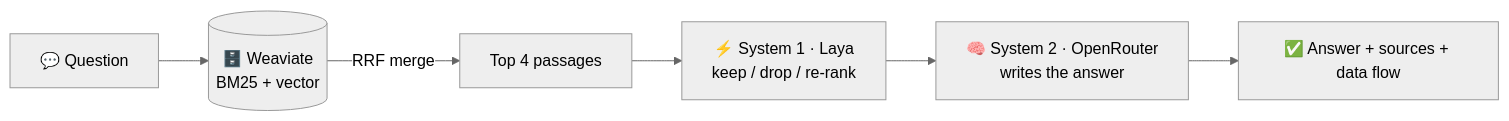
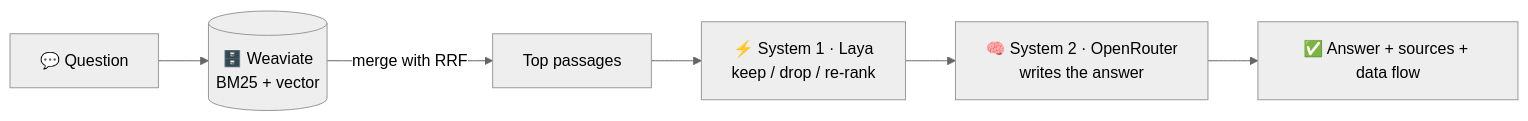
The diagram in README.md (letrthang/spring-ai-with-hybrid-search-and-system-one-typesafe-jev), drawn with Mermaid (neutral theme) before and after one commit. The commit also changed other lines of this file and 14 other files, not shown here.

````diff
--- a/README.md
+++ b/README.md
@@ -33,8 +34,8 @@
 ```mermaid
 flowchart LR
     Q[💬 Question] --> W[(🗄️ Weaviate<br/>BM25 + vector)]
-    W -->|RRF merge| P[Top 4 passages]
+    W -->|merge with RRF| P[Top passages]
     P --> S1[⚡ System 1 · Laya<br/>keep / drop / re-rank]
     S1 --> S2[🧠 System 2 · OpenRouter<br/>writes the answer]
     S2 --> A[✅ Answer + sources + data flow]
 ```
````
